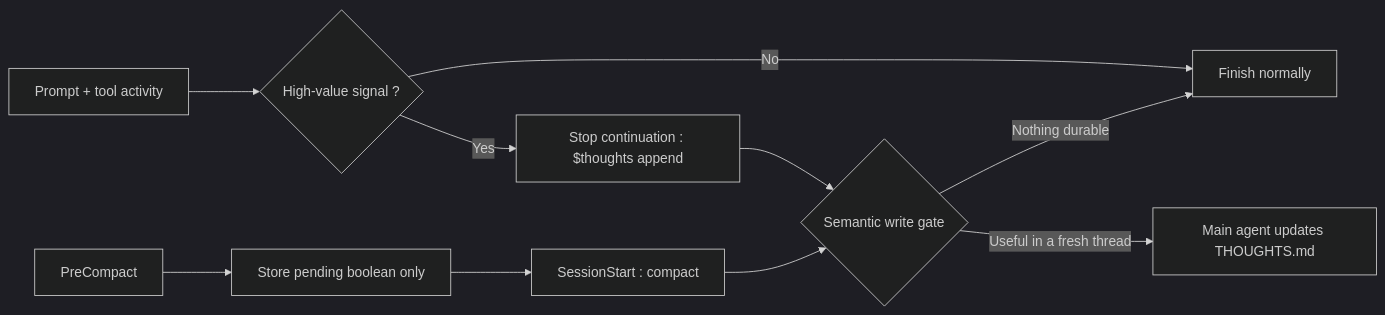
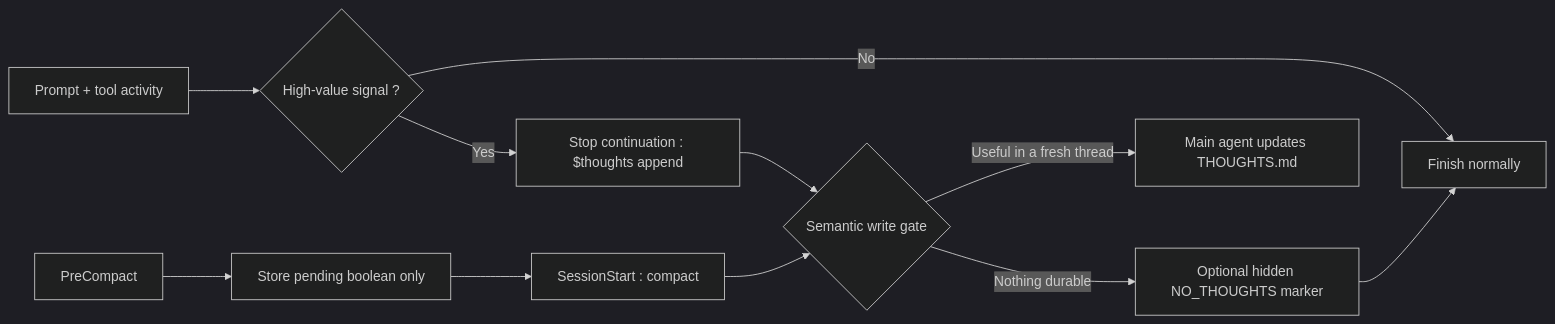
One commit to EDM115/THOUGHTS changed the diagram in README.md. Above: the diagram before and after it, drawn with Mermaid (dark theme). The commit also changed other lines of this file and 10 other files, not shown here.

````diff
--- a/README.md
+++ b/README.md
@@ -88,12 +97,13 @@
 ```mermaid
 flowchart LR
     A["Prompt + tool activity"] --> B{"High-value signal ?"}
     B -- "No" --> C["Finish normally"]
     B -- "Yes" --> D["Stop continuation : $thoughts append"]
     D --> E{"Semantic write gate"}
-    E -- "Nothing durable" --> C
+    E -- "Nothing durable" --> J["Optional hidden NO_THOUGHTS marker"]
+    J --> C
     E -- "Useful in a fresh thread" --> F["Main agent updates THOUGHTS.md"]
     G["PreCompact"] --> H["Store pending boolean only"]
     H --> I["SessionStart : compact"]
     I --> E
 ```
````
